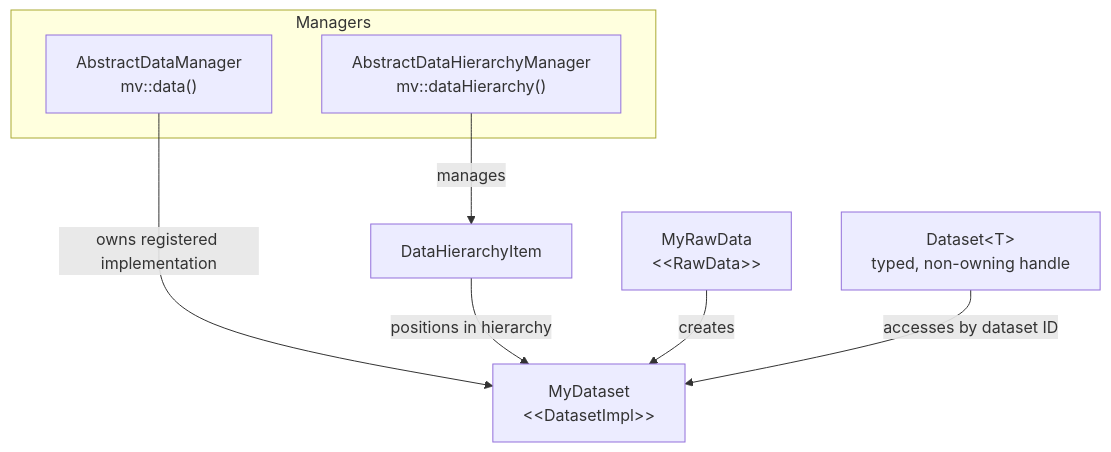
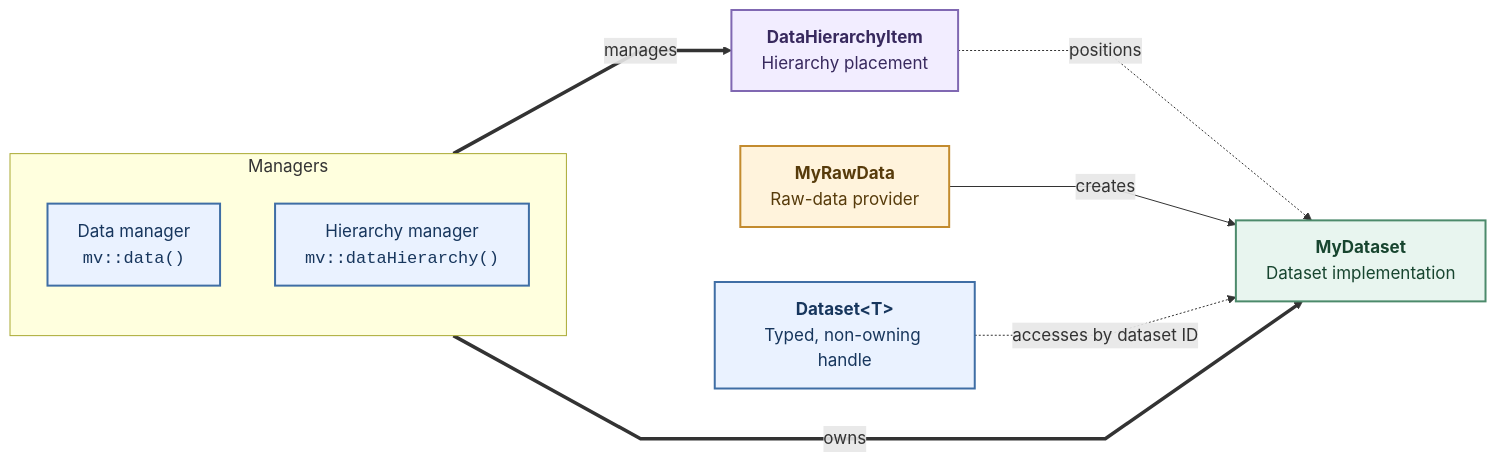
The diagram in docs/source/development/building_plugins/data/mental_model.md (ManiVaultStudio/Docs), drawn with Mermaid before and after one commit. The commit also changed 3 other files, not shown here.

Commit message:
Improve Mermaid diagram readability

````diff
--- a/docs/source/development/building_plugins/data/mental_model.md
+++ b/docs/source/development/building_plugins/data/mental_model.md
@@ -19,18 +19,30 @@
 ```mermaid
-flowchart TB
+%%{init: {"flowchart": {"curve": "linear", "nodeSpacing": 55, "rankSpacing": 75}, "themeVariables": {"fontSize": "17px"}}}%%
+flowchart LR
     subgraph Managers
-        DM["AbstractDataManager<br/>mv::data()"]
-        HM["AbstractDataHierarchyManager<br/>mv::dataHierarchy()"]
+        direction TB
+        DM["Data manager<br/><code>mv::data()</code>"]
+        HM["Hierarchy manager<br/><code>mv::dataHierarchy()</code>"]
     end
 
-    RD["MyRawData<br/>&lt;&lt;RawData&gt;&gt;"]
-    IM["MyDataset<br/>&lt;&lt;DatasetImpl&gt;&gt;"]
-    H["DataHierarchyItem"]
-    Handle["Dataset&lt;T&gt;<br/>typed, non-owning handle"]
+    RD["<b>MyRawData</b><br/>Raw-data provider"]
+    IM["<b>MyDataset</b><br/>Dataset implementation"]
+    H["<b>DataHierarchyItem</b><br/>Hierarchy placement"]
+    Handle["<b>Dataset&lt;T&gt;</b><br/>Typed, non-owning handle"]
 
-    DM -->|owns registered implementation| IM
-    HM -->|manages| H
-    H -->|positions in hierarchy| IM
+    DM ==>|owns| IM
+    HM ==>|manages| H
+    H -.->|positions| IM
     RD -->|creates| IM
-    Handle -->|accesses by dataset ID| IM
+    Handle -.->|accesses by dataset ID| IM
+
+    classDef manager fill:#eaf2ff,stroke:#3f6ea5,color:#17365d,stroke-width:2px;
+    classDef provider fill:#fff3dc,stroke:#c38b2e,color:#573b0b,stroke-width:2px;
+    classDef implementation fill:#e8f5ef,stroke:#4c8a6b,color:#17452f,stroke-width:2px;
+    classDef hierarchy fill:#f2edff,stroke:#8068b2,color:#38295e,stroke-width:2px;
+    class DM,HM manager;
+    class RD provider;
+    class IM implementation;
+    class H hierarchy;
+    class Handle manager;
 ```
````
